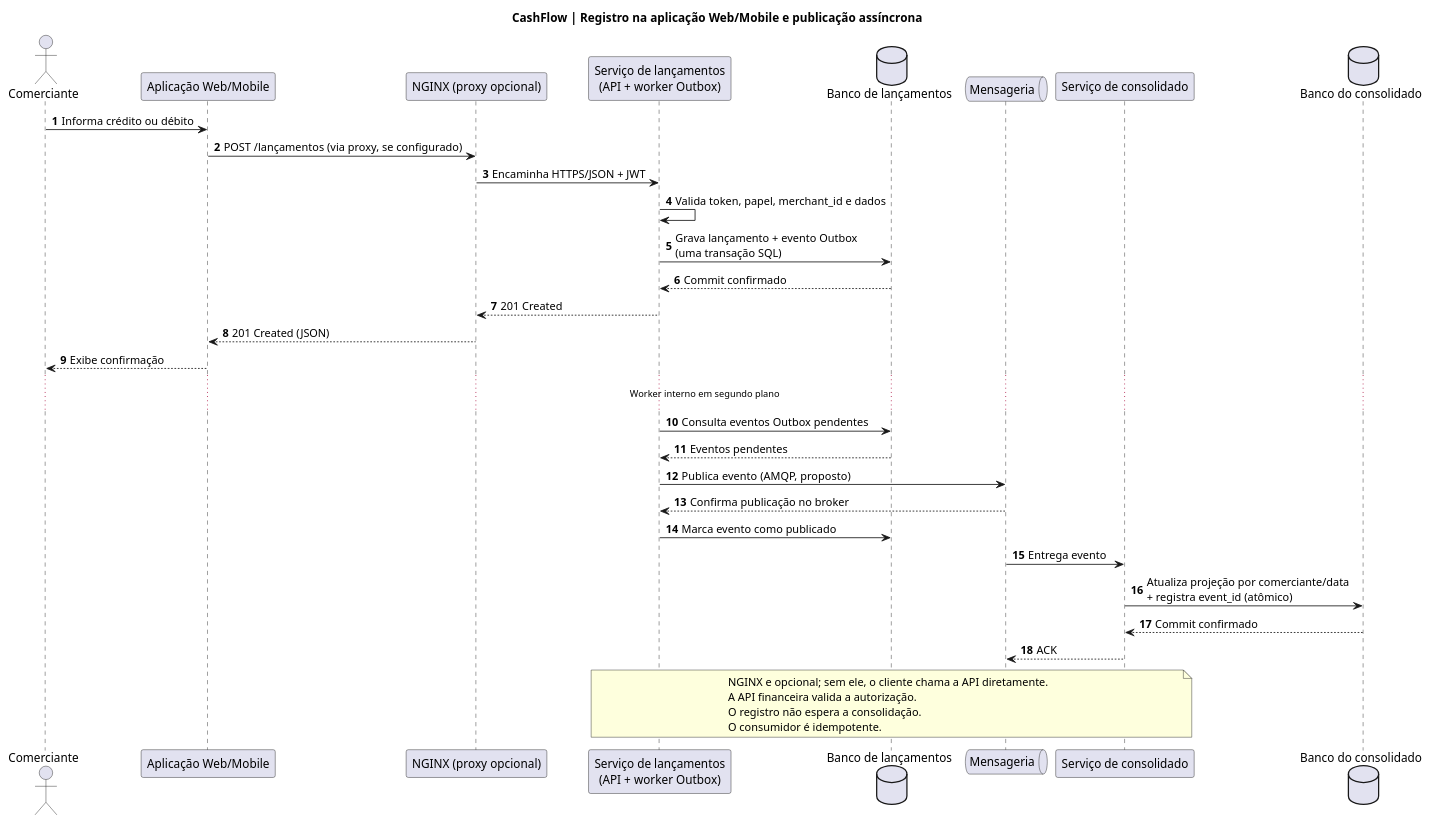
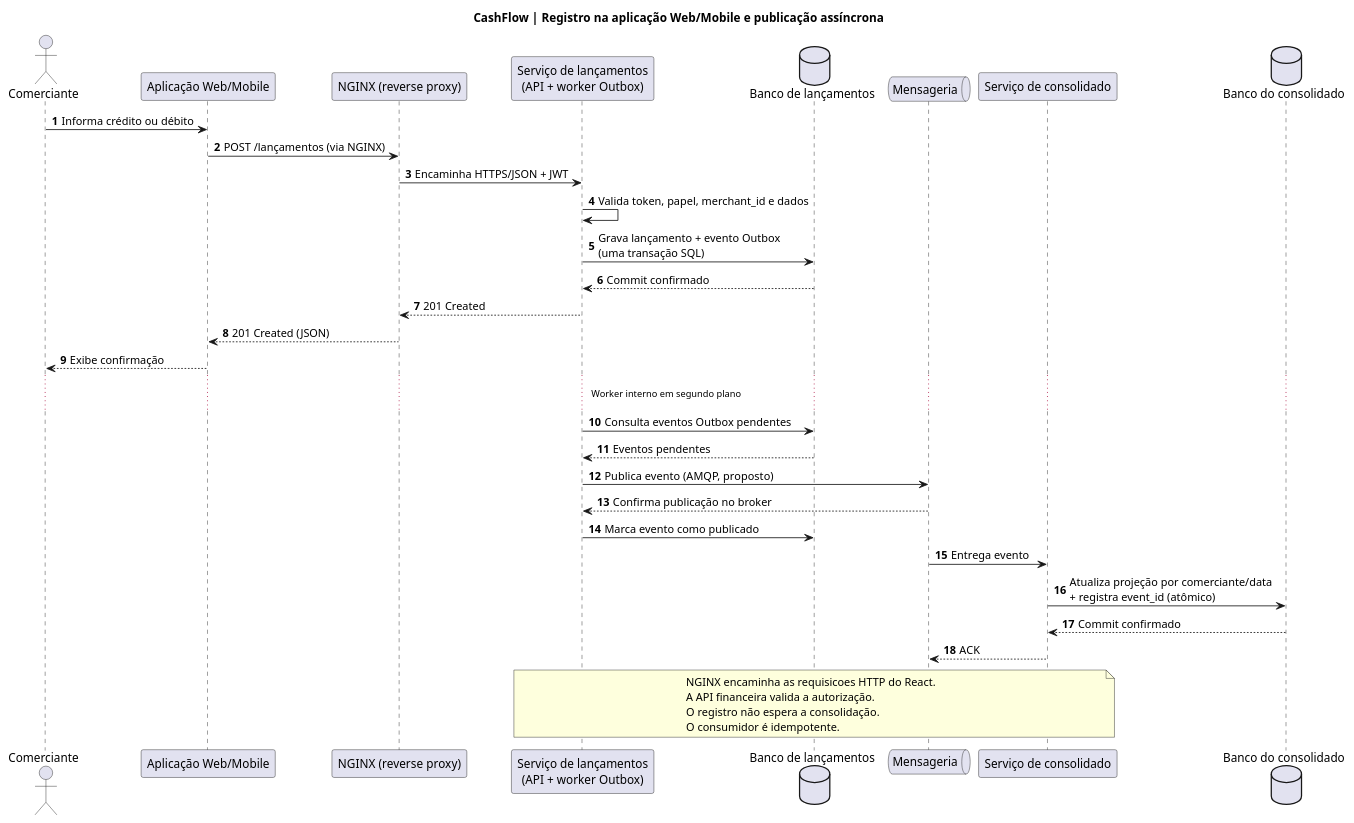
Before and after one commit to wolwerr/CashFlow-Architecture: the diagram in docs/architecture/plantuml/sequence-register.puml, drawn with PlantUML.

Commit message:
docs(architecture): make NGINX mandatory reverse proxy in MVP, keep dedicated gateway future (#7)

```diff
--- a/docs/architecture/plantuml/sequence-register.puml
+++ b/docs/architecture/plantuml/sequence-register.puml
@@ -1,37 +1,37 @@
 @startuml CashFlow_Register
 title CashFlow | Registro na aplicação Web/Mobile e publicação assíncrona
 autonumber
 actor Comerciante
 participant "Aplicação Web/Mobile" as W
-participant "NGINX (proxy opcional)" as G
+participant "NGINX (reverse proxy)" as G
 participant "Serviço de lançamentos\n(API + worker Outbox)" as L
 database "Banco de lançamentos" as BL
 queue "Mensageria" as M
 participant "Serviço de consolidado" as C
 database "Banco do consolidado" as BC
 Comerciante -> W: Informa crédito ou débito
-W -> G: POST /lançamentos (via proxy, se configurado)
+W -> G: POST /lançamentos (via NGINX)
 G -> L: Encaminha HTTPS/JSON + JWT
 L -> L: Valida token, papel, merchant_id e dados
 L -> BL: Grava lançamento + evento Outbox\n(uma transação SQL)
 BL --> L: Commit confirmado
 L --> G: 201 Created
 G --> W: 201 Created (JSON)
 W --> Comerciante: Exibe confirmação
 ... Worker interno em segundo plano ...
 L -> BL: Consulta eventos Outbox pendentes
 BL --> L: Eventos pendentes
 L -> M: Publica evento (AMQP, proposto)
 M --> L: Confirma publicação no broker
 L -> BL: Marca evento como publicado
 M -> C: Entrega evento
 C -> BC: Atualiza projeção por comerciante/data\n+ registra event_id (atômico)
 BC --> C: Commit confirmado
 C --> M: ACK
 note over L,C
-NGINX e opcional; sem ele, o cliente chama a API diretamente.
+NGINX encaminha as requisicoes HTTP do React.
 A API financeira valida a autorização.
 O registro não espera a consolidação.
 O consumidor é idempotente.
 end note
 @enduml
```
